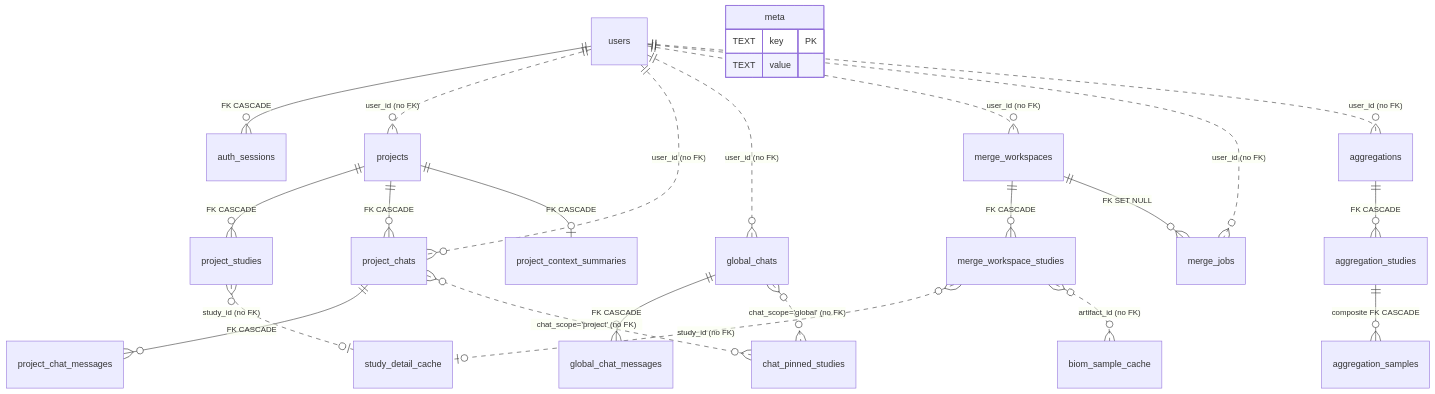
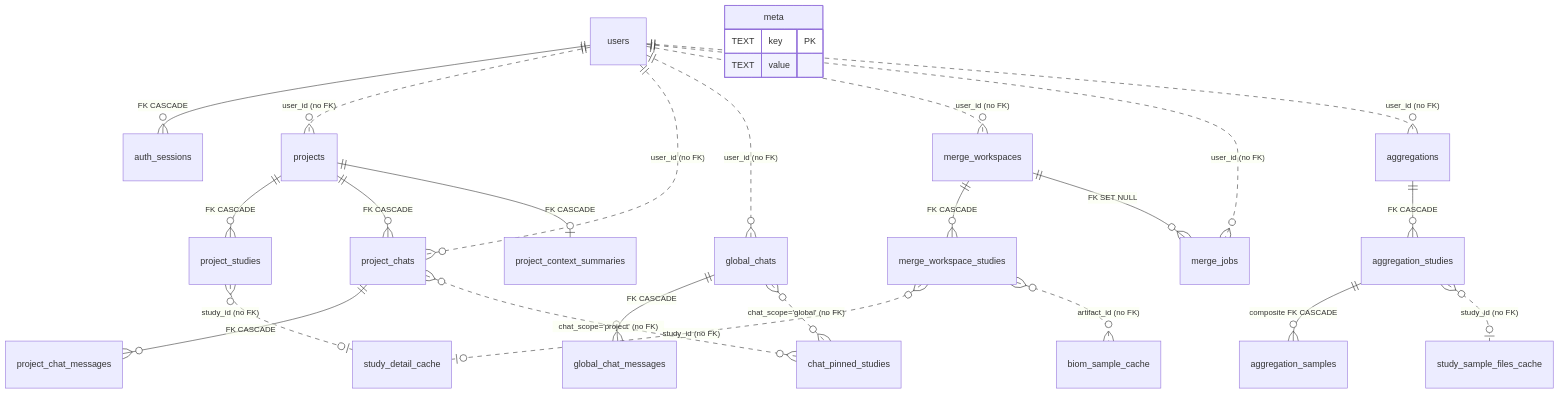
Before and after one commit to dhruvviveksharma/QiitaExplore: the diagram in docs/appendix-b-sqlite-schema.md, drawn with Mermaid. The commit also changed other lines of this file and 3 other files, not shown here.

First line of the commit message:
Docs: file_filter, file-facets, xlsx export, study_sample_files_cache; TKT-086/090/091

````diff
--- a/docs/appendix-b-sqlite-schema.md
+++ b/docs/appendix-b-sqlite-schema.md
@@ -94,35 +94,36 @@
 ```mermaid
 erDiagram
     users ||--o{ auth_sessions : "FK CASCADE"
     users ||..o{ projects : "user_id (no FK)"
     users ||..o{ project_chats : "user_id (no FK)"
     users ||..o{ global_chats : "user_id (no FK)"
     users ||..o{ merge_workspaces : "user_id (no FK)"
     users ||..o{ merge_jobs : "user_id (no FK)"
     users ||..o{ aggregations : "user_id (no FK)"
 
     projects ||--o{ project_studies : "FK CASCADE"
     projects ||--o{ project_chats : "FK CASCADE"
     projects ||--o| project_context_summaries : "FK CASCADE"
     project_chats ||--o{ project_chat_messages : "FK CASCADE"
 
     global_chats ||--o{ global_chat_messages : "FK CASCADE"
 
     merge_workspaces ||--o{ merge_workspace_studies : "FK CASCADE"
     merge_workspaces ||--o{ merge_jobs : "FK SET NULL"
 
     aggregations ||--o{ aggregation_studies : "FK CASCADE"
     aggregation_studies ||--o{ aggregation_samples : "composite FK CASCADE"
 
     project_chats }o..o{ chat_pinned_studies : "chat_scope='project' (no FK)"
     global_chats }o..o{ chat_pinned_studies : "chat_scope='global' (no FK)"
 
     project_studies }o..o| study_detail_cache : "study_id (no FK)"
     merge_workspace_studies }o..o| study_detail_cache : "study_id (no FK)"
     merge_workspace_studies }o..o{ biom_sample_cache : "artifact_id (no FK)"
+    aggregation_studies }o..o| study_sample_files_cache : "study_id (no FK)"
 
     meta {
         TEXT key PK
         TEXT value
     }
 ```
````
